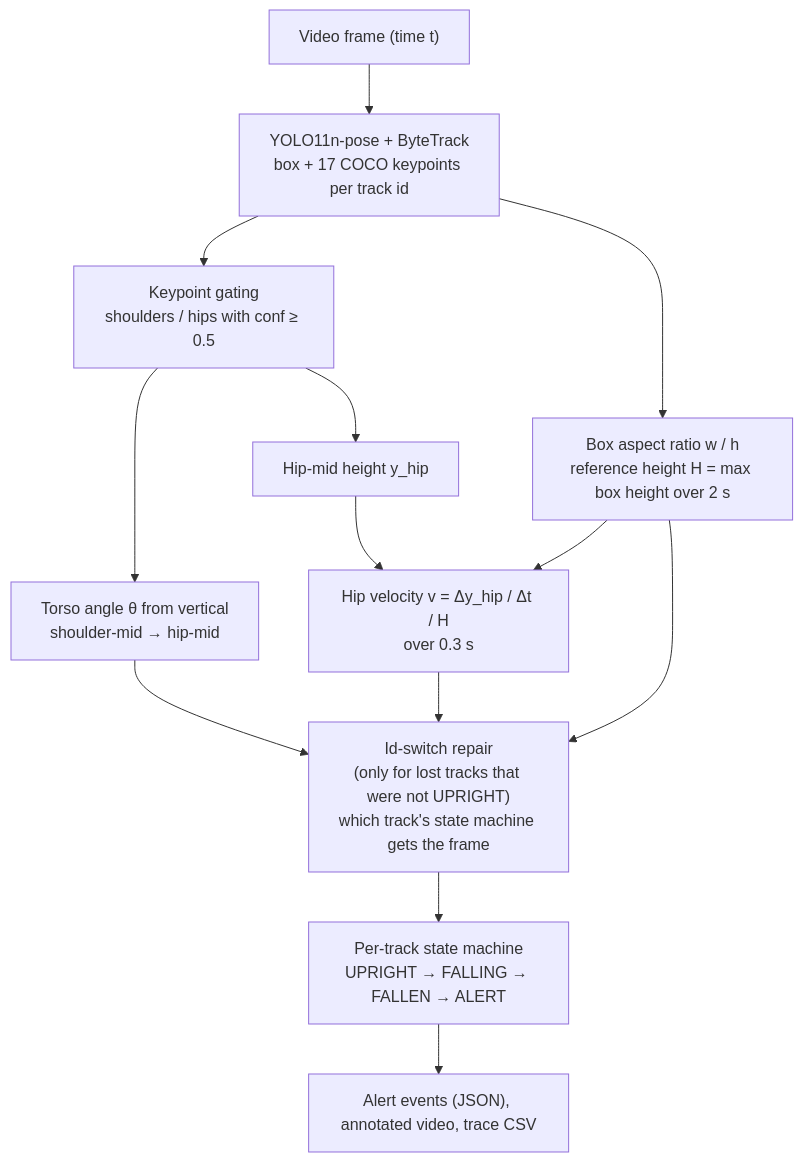
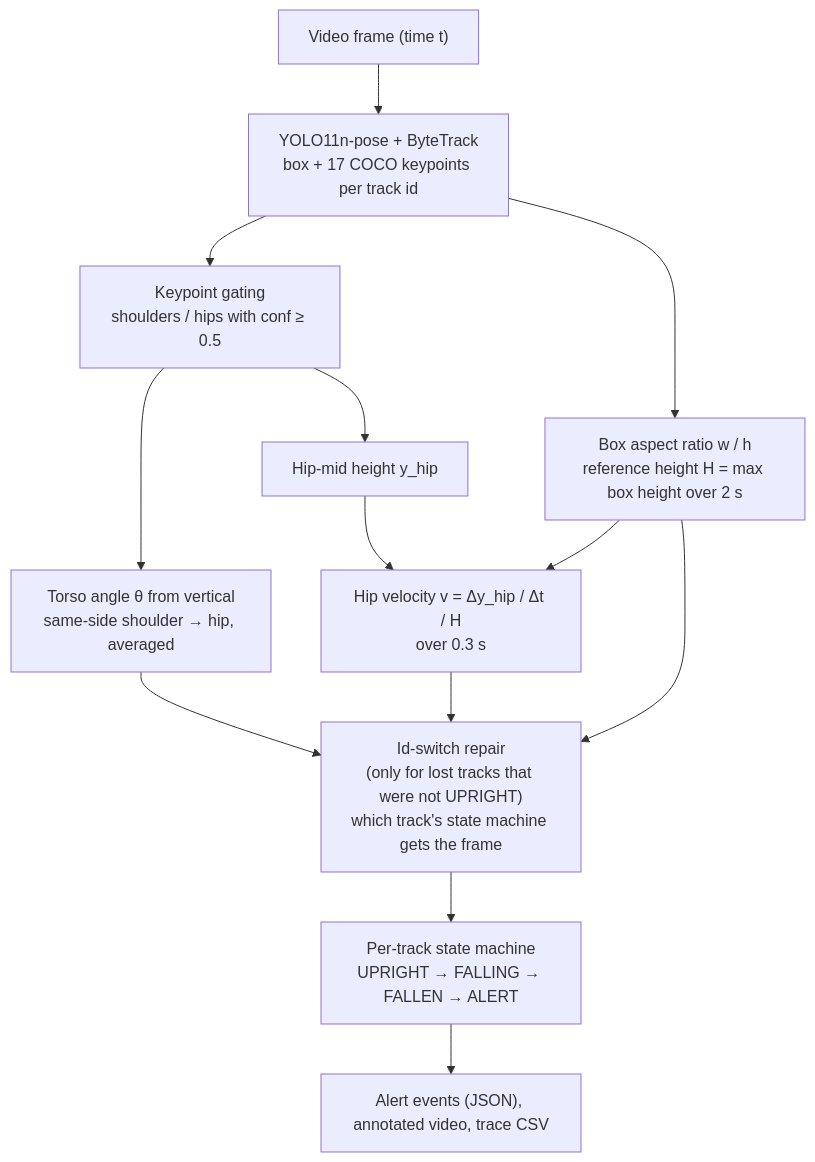
One commit to karemdm/fall-detection-alert changed the first of 2 diagrams in docs/how-it-works.md. Above: the diagram before and after it, drawn with Mermaid. The commit also changed other lines of this file and 3 other files, not shown here.

Commit message:
Compute the torso angle from same-side shoulder/hip pairs

````diff
--- a/docs/how-it-works.md
+++ b/docs/how-it-works.md
@@ -8,15 +8,15 @@
 ```mermaid
 flowchart TD
     A["Video frame (time t)"] --> B["YOLO11n-pose + ByteTrack<br/>box + 17 COCO keypoints per track id"]
     B --> C["Keypoint gating<br/>shoulders / hips with conf ≥ 0.5"]
-    C --> D["Torso angle θ from vertical<br/>shoulder-mid → hip-mid"]
+    C --> D["Torso angle θ from vertical<br/>same-side shoulder → hip, averaged"]
     C --> E["Hip-mid height y_hip"]
     B --> F["Box aspect ratio w / h<br/>reference height H = max box height over 2 s"]
     E --> G["Hip velocity v = Δy_hip / Δt / H<br/>over 0.3 s"]
     F --> G
     D --> R["Id-switch repair<br/>(only for lost tracks that were not UPRIGHT)<br/>which track's state machine gets the frame"]
     F --> R
     G --> R
     R --> H["Per-track state machine<br/>UPRIGHT → FALLING → FALLEN → ALERT"]
     H --> L["Alert events (JSON), annotated video, trace CSV"]
 ```
````
